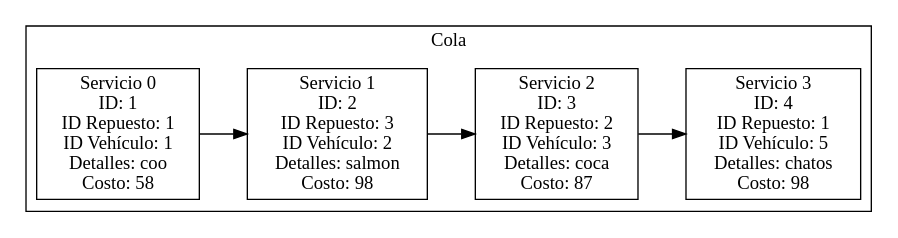
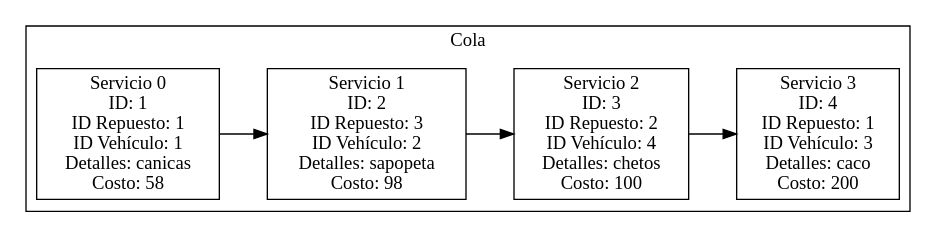
One commit to Farot30/-EDD-1S2025_202307820 changed the diagram in Fase#1/Graficas/Cola.dot. Above: the diagram before and after it, drawn with Graphviz. The commit also changed 36 other files, not shown here.

```diff
--- a/Fase#1/Graficas/Cola.dot
+++ b/Fase#1/Graficas/Cola.dot
@@ -1,14 +1,14 @@
 digraph G {
 rankdir=LR;
 node [shape=record];
 subgraph cluster_Cola {
 label = "Cola";
-"1" [label="Servicio 0\nID: 1\nID Repuesto: 1\nID Vehículo: 1\nDetalles: coo\nCosto: 58"];
+"1" [label="Servicio 0\nID: 1\nID Repuesto: 1\nID Vehículo: 1\nDetalles: canicas\nCosto: 58"];
 "1" -> "2";
-"2" [label="Servicio 1\nID: 2\nID Repuesto: 3\nID Vehículo: 2\nDetalles: salmon\nCosto: 98"];
+"2" [label="Servicio 1\nID: 2\nID Repuesto: 3\nID Vehículo: 2\nDetalles: sapopeta\nCosto: 98"];
 "2" -> "3";
-"3" [label="Servicio 2\nID: 3\nID Repuesto: 2\nID Vehículo: 3\nDetalles: coca\nCosto: 87"];
+"3" [label="Servicio 2\nID: 3\nID Repuesto: 2\nID Vehículo: 4\nDetalles: chetos\nCosto: 100"];
 "3" -> "4";
-"4" [label="Servicio 3\nID: 4\nID Repuesto: 1\nID Vehículo: 5\nDetalles: chatos\nCosto: 98"];
+"4" [label="Servicio 3\nID: 4\nID Repuesto: 1\nID Vehículo: 3\nDetalles: caco\nCosto: 200"];
 }
 }
```
